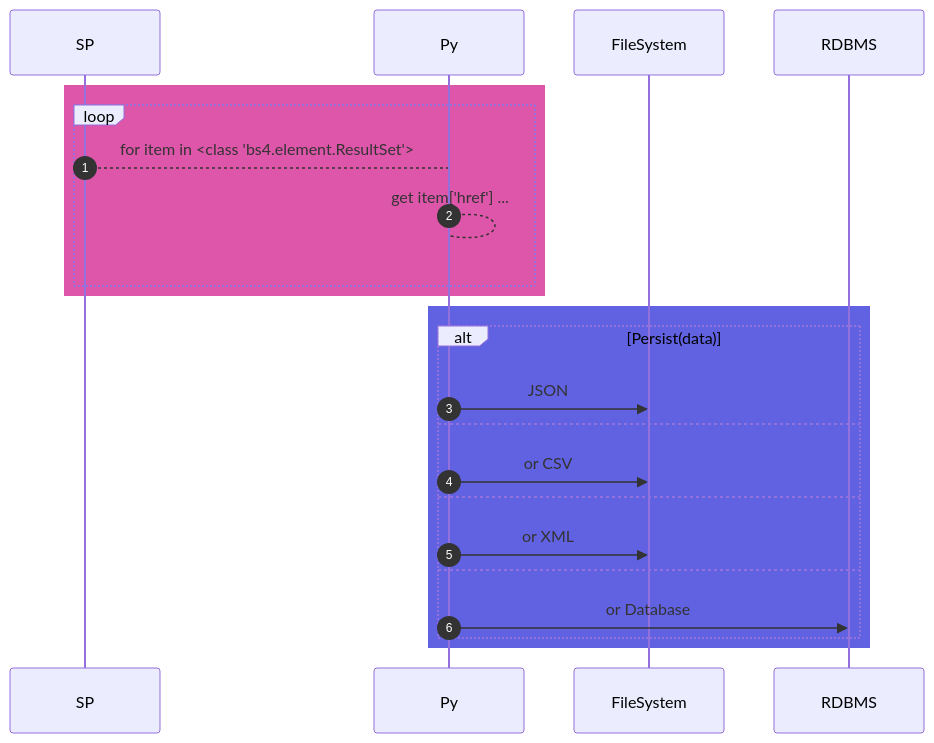
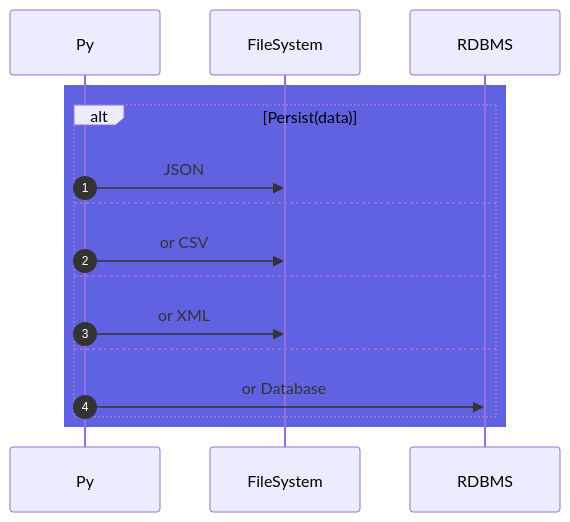
Before and after one commit to nevsglueckauf/high_five: the second of 2 diagrams in projekte/smda/proj_doq/webscraping.md, drawn with Mermaid. The commit also changed other lines of this file, not shown here.

````diff
--- a/projekte/smda/proj_doq/webscraping.md
+++ b/projekte/smda/proj_doq/webscraping.md
@@ -53,21 +59,16 @@
 ```mermaid 
 sequenceDiagram
     autonumber
-rect rgb(222, 86, 170)
-        loop 
-            SP-->Py: for item in <class 'bs4.element.ResultSet'>
-            Py-->Py: get item['href'] ...
-        end
-    end
+
     rect rgb(96, 98, 226)
         alt Persist(data)
             Py->>FileSystem: JSON 
         else 
             Py->>FileSystem: or CSV 
         else 
             Py->>FileSystem: or XML 
         else 
             Py->>RDBMS: or Database 
         end
     end    
 ```
````
